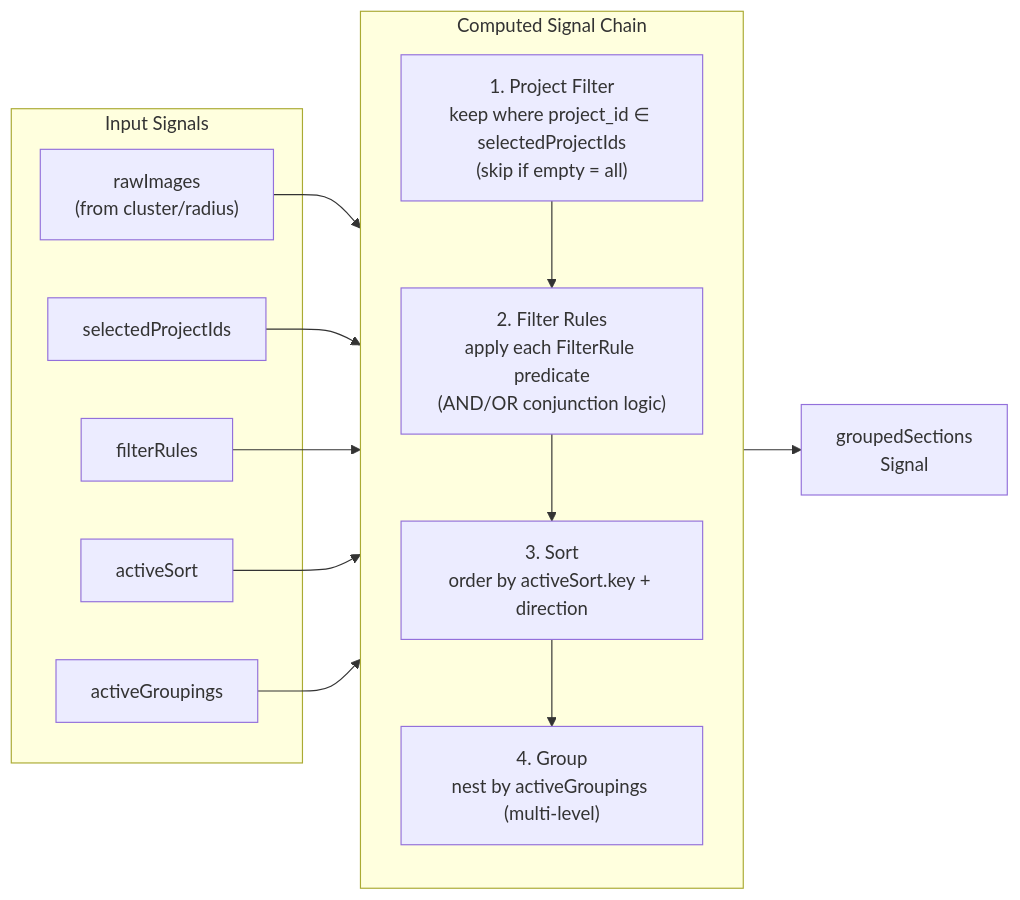
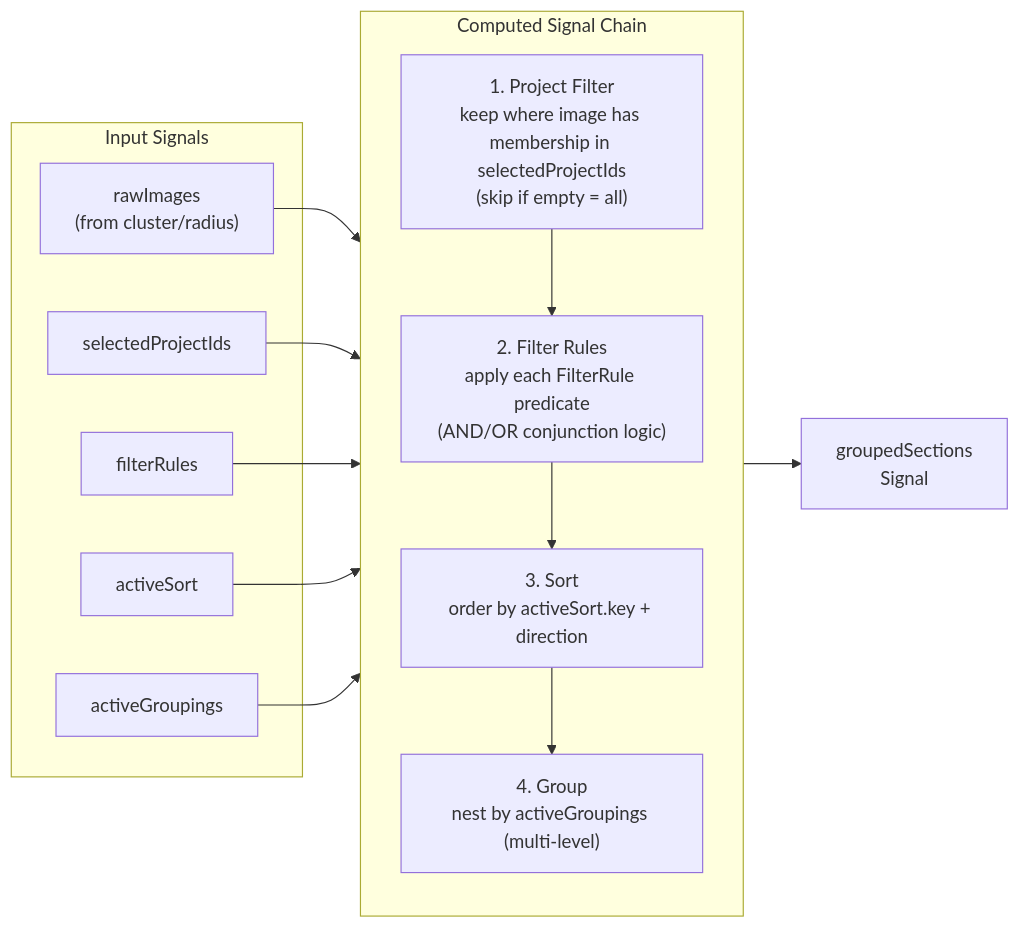
The first of 6 diagrams in docs/element-specs/active-selection-view.md (matkleve/feldpost), drawn with Mermaid before and after one commit. The commit also changed 28 other files, not shown here.

First line of the commit message:
feat: implement multi-project membership for images

````diff
--- a/docs/element-specs/active-selection-view.md
+++ b/docs/element-specs/active-selection-view.md
@@ -111,29 +111,29 @@
 ```mermaid
 flowchart LR
     subgraph Inputs["Input Signals"]
         Raw["rawImages\n(from cluster/radius)"]
         Proj["selectedProjectIds"]
         Filt["filterRules"]
         Sort["activeSort"]
         Grp["activeGroupings"]
     end
 
     subgraph Pipeline["Computed Signal Chain"]
         direction TB
-        S1["1. Project Filter\nkeep where project_id ∈ selectedProjectIds\n(skip if empty = all)"]
+        S1["1. Project Filter\nkeep where image has membership in selectedProjectIds\n(skip if empty = all)"]
         S2["2. Filter Rules\napply each FilterRule predicate\n(AND/OR conjunction logic)"]
         S3["3. Sort\norder by activeSort.key + direction"]
         S4["4. Group\nnest by activeGroupings (multi-level)"]
     end
 
     Raw --> S1
     Proj --> S1
     S1 --> S2
     Filt --> S2
     S2 --> S3
     Sort --> S3
     S3 --> S4
     Grp --> S4
 
     S4 --> Output["groupedSections\nSignal<GroupedSection[]>"]
 ```
````
